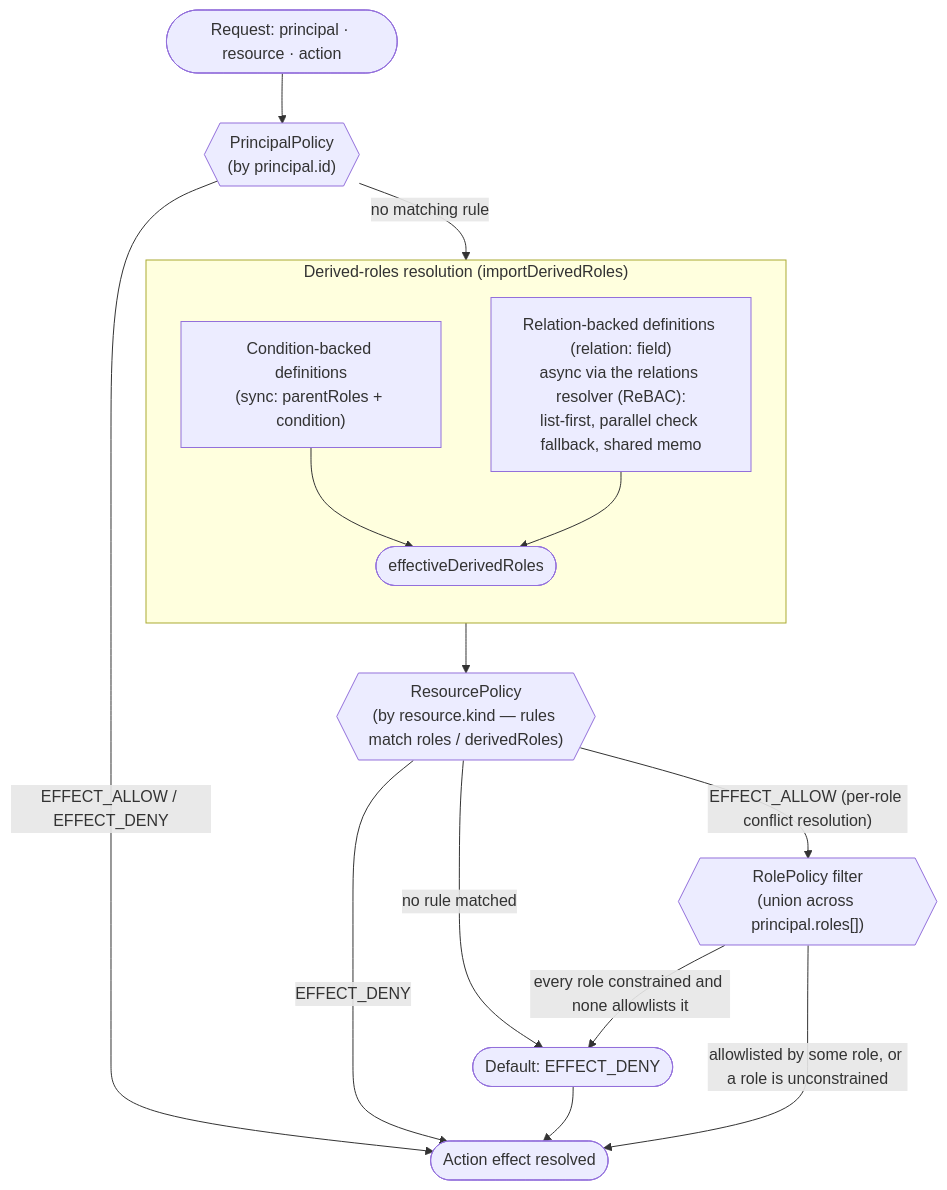
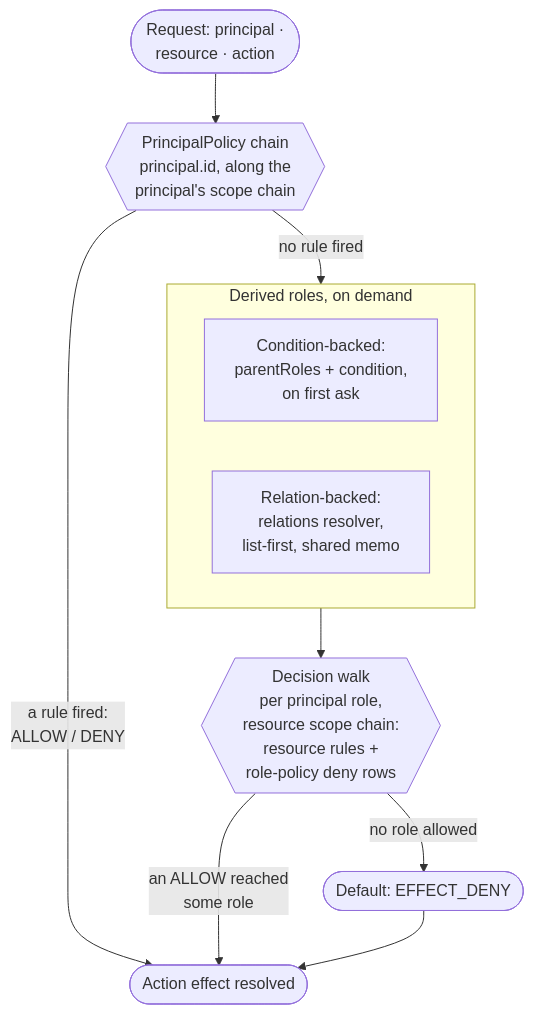
One commit to Alexis-Technologies/kerberos changed the diagram in docs/guide/policy-types.md. Above: the diagram before and after it, drawn with Mermaid. The commit also changed other lines of this file and 15 other files, not shown here.

First line of the commit message:
docs: add architecture diagrams and fix the stale decision-flow docs (#14)

````diff
--- a/docs/guide/policy-types.md
+++ b/docs/guide/policy-types.md
@@ -150,22 +149,16 @@
 ```mermaid
 flowchart TD
-    A([Request: principal · resource · action]) --> P{{"PrincipalPolicy<br/>(by principal.id)"}}
-    P -->|"EFFECT_ALLOW / EFFECT_DENY"| DONE([Action effect resolved])
-    P -->|no matching rule| DR
+    A(["Request: principal ·<br/>resource · action"]) --> P{{"PrincipalPolicy chain<br/>principal.id, along the<br/>principal's scope chain"}}
+    P -->|"a rule fired:<br/>ALLOW / DENY"| DONE(["Action effect resolved"])
+    P -->|"no rule fired"| DR
 
-    subgraph DR ["Derived-roles resolution (importDerivedRoles)"]
-        direction TB
-        SYNC["Condition-backed definitions<br/>(sync: parentRoles + condition)"] --> EDR([effectiveDerivedRoles])
-        REL["Relation-backed definitions (relation: field)<br/>async via the relations resolver (ReBAC):<br/>list-first, parallel check fallback, shared memo"] --> EDR
+    subgraph DR ["Derived roles, on demand"]
+        SYNC["Condition-backed:<br/>parentRoles + condition,<br/>on first ask"]
+        REL["Relation-backed:<br/>relations resolver,<br/>list-first, shared memo"]
     end
 
-    EDR --> RES{{"ResourcePolicy<br/>(by resource.kind — rules match roles / derivedRoles)"}}
-
-    RES -->|"EFFECT_ALLOW (per-role conflict resolution)"| RP{{"RolePolicy filter<br/>(union across principal.roles[])"}}
-    RES -->|"EFFECT_DENY"| DONE
-    RES -->|no rule matched| DEF([Default: EFFECT_DENY])
+    DR --> WALK{{"Decision walk<br/>per principal role,<br/>resource scope chain:<br/>resource rules +<br/>role-policy deny rows"}}
+    WALK -->|"an ALLOW reached<br/>some role"| DONE
+    WALK -->|"no role allowed"| DEF(["Default: EFFECT_DENY"])
     DEF --> DONE
-
-    RP -->|"allowlisted by some role, or a role is unconstrained"| DONE
-    RP -->|"every role constrained and none allowlists it"| DEF
 ```
````
